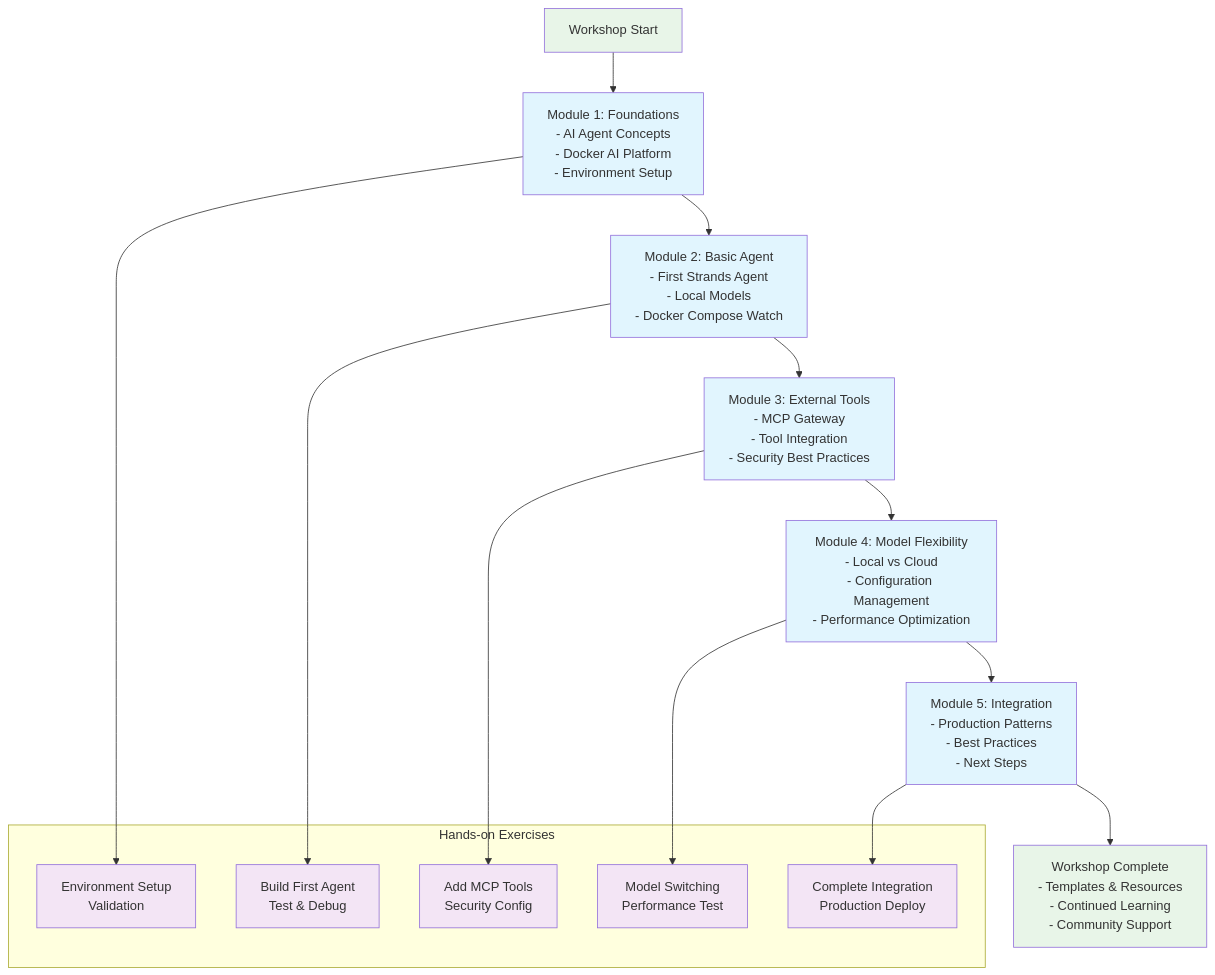
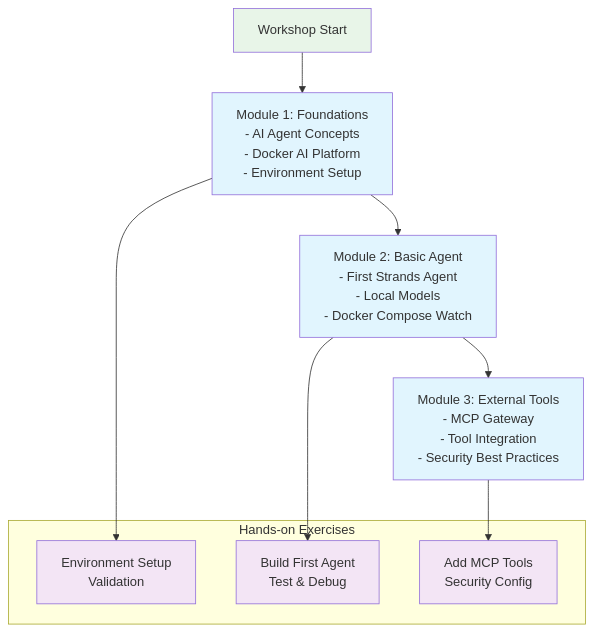
Before and after one commit to jorgearteiro/agents-on-docker: the fourth of 6 diagrams in modules/module-1-foundations/diagrams.md, drawn with Mermaid.

Commit message:
Refactor diagrams by removing Modules 4 and 5

````diff
--- a/modules/module-1-foundations/diagrams.md
+++ b/modules/module-1-foundations/diagrams.md
@@ -136,36 +136,27 @@
 ```mermaid
 graph TD
     START[Workshop Start] --> M1[Module 1: Foundations<br/>- AI Agent Concepts<br/>- Docker AI Platform<br/>- Environment Setup]
     
     M1 --> M2[Module 2: Basic Agent<br/>- First Strands Agent<br/>- Local Models<br/>- Docker Compose Watch]
     
     M2 --> M3[Module 3: External Tools<br/>- MCP Gateway<br/>- Tool Integration<br/>- Security Best Practices]
     
-    M3 --> M4[Module 4: Model Flexibility<br/>- Local vs Cloud<br/>- Configuration Management<br/>- Performance Optimization]
-    
-    M4 --> M5[Module 5: Integration<br/>- Production Patterns<br/>- Best Practices<br/>- Next Steps]
-    
-    M5 --> END[Workshop Complete<br/>- Templates & Resources<br/>- Continued Learning<br/>- Community Support]
     
     subgraph "Hands-on Exercises"
         EX1[Environment Setup<br/>Validation]
         EX2[Build First Agent<br/>Test & Debug]
         EX3[Add MCP Tools<br/>Security Config]
-        EX4[Model Switching<br/>Performance Test]
-        EX5[Complete Integration<br/>Production Deploy]
     end
     
     M1 --> EX1
     M2 --> EX2
     M3 --> EX3
-    M4 --> EX4
-    M5 --> EX5
     
     classDef module fill:#e1f5fe
     classDef exercise fill:#f3e5f5
     classDef milestone fill:#e8f5e8
     
-    class M1,M2,M3,M4,M5 module
-    class EX1,EX2,EX3,EX4,EX5 exercise
+    class M1,M2,M3 module
+    class EX1,EX2,EX3 exercise
     class START,END milestone
 ```
````
